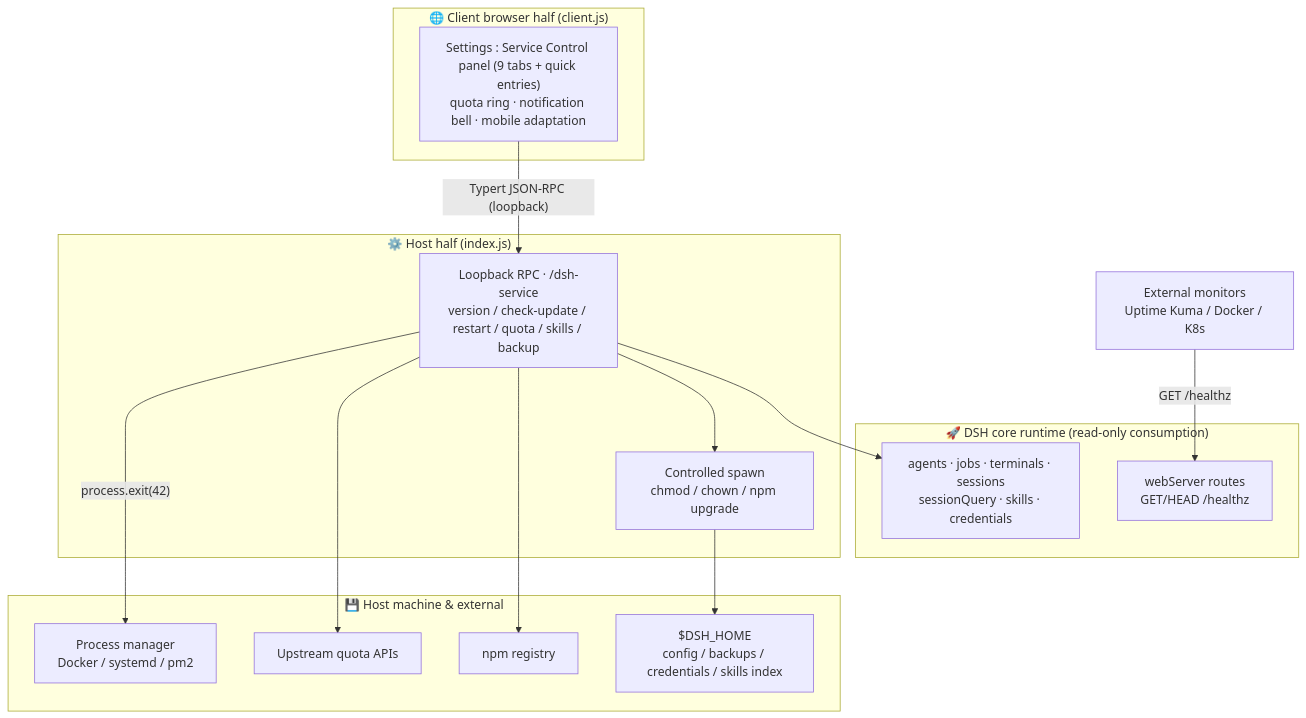
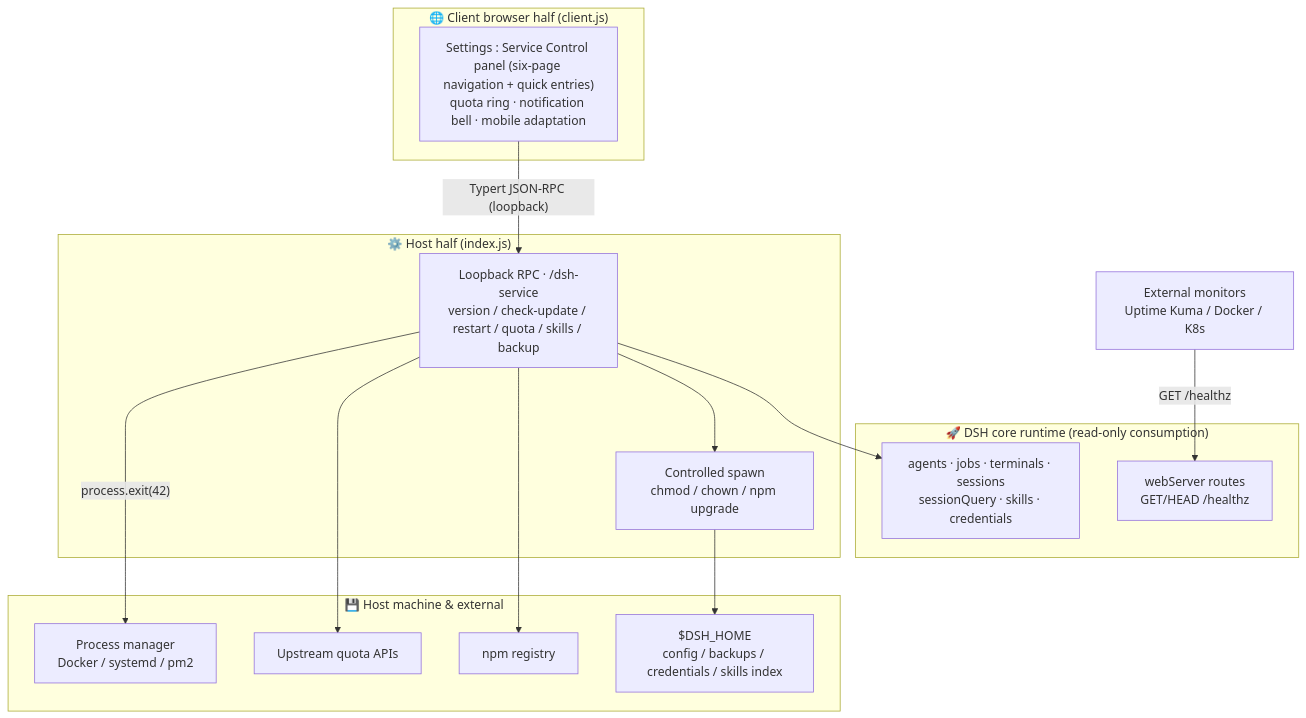
One commit to gehennawu/dsh-service changed the diagram in README.en.md. Above: the diagram before and after it, drawn with Mermaid. The commit also changed other lines of this file and 3 other files, not shown here.

````diff
--- a/README.en.md
+++ b/README.en.md
@@ -184,32 +184,32 @@
 ```mermaid
 flowchart TB
     subgraph Client["🌐 Client browser half (client.js)"]
-        UI["Settings : Service Control panel (9 tabs + quick entries)<br/>quota ring · notification bell · mobile adaptation"]
+        UI["Settings : Service Control panel (six-page navigation + quick entries)<br/>quota ring · notification bell · mobile adaptation"]
     end
 
     subgraph Host["⚙️ Host half (index.js)"]
         RPC["Loopback RPC · /dsh-service<br/>version / check-update / restart / quota / skills / backup"]
         SPAWN["Controlled spawn<br/>chmod / chown / npm upgrade"]
     end
 
     subgraph DSH["🚀 DSH core runtime (read-only consumption)"]
         CORE["agents · jobs · terminals · sessions<br/>sessionQuery · skills · credentials"]
         WEB["webServer routes<br/>GET/HEAD /healthz"]
     end
 
     subgraph OS["💾 Host machine & external"]
         PM["Process manager<br/>Docker / systemd / pm2"]
         FS["$DSH_HOME<br/>config / backups / credentials / skills index"]
         REG["npm registry"]
         QUOTA["Upstream quota APIs"]
     end
 
     UI -- "Typert JSON-RPC (loopback)" --> RPC
     RPC --> CORE
     RPC --> SPAWN
     RPC --> REG
     RPC --> QUOTA
     RPC -- "process.exit(42)" --> PM
     SPAWN --> FS
     MON["External monitors<br/>Uptime Kuma / Docker / K8s"] -- "GET /healthz" --> WEB
 ```
````
